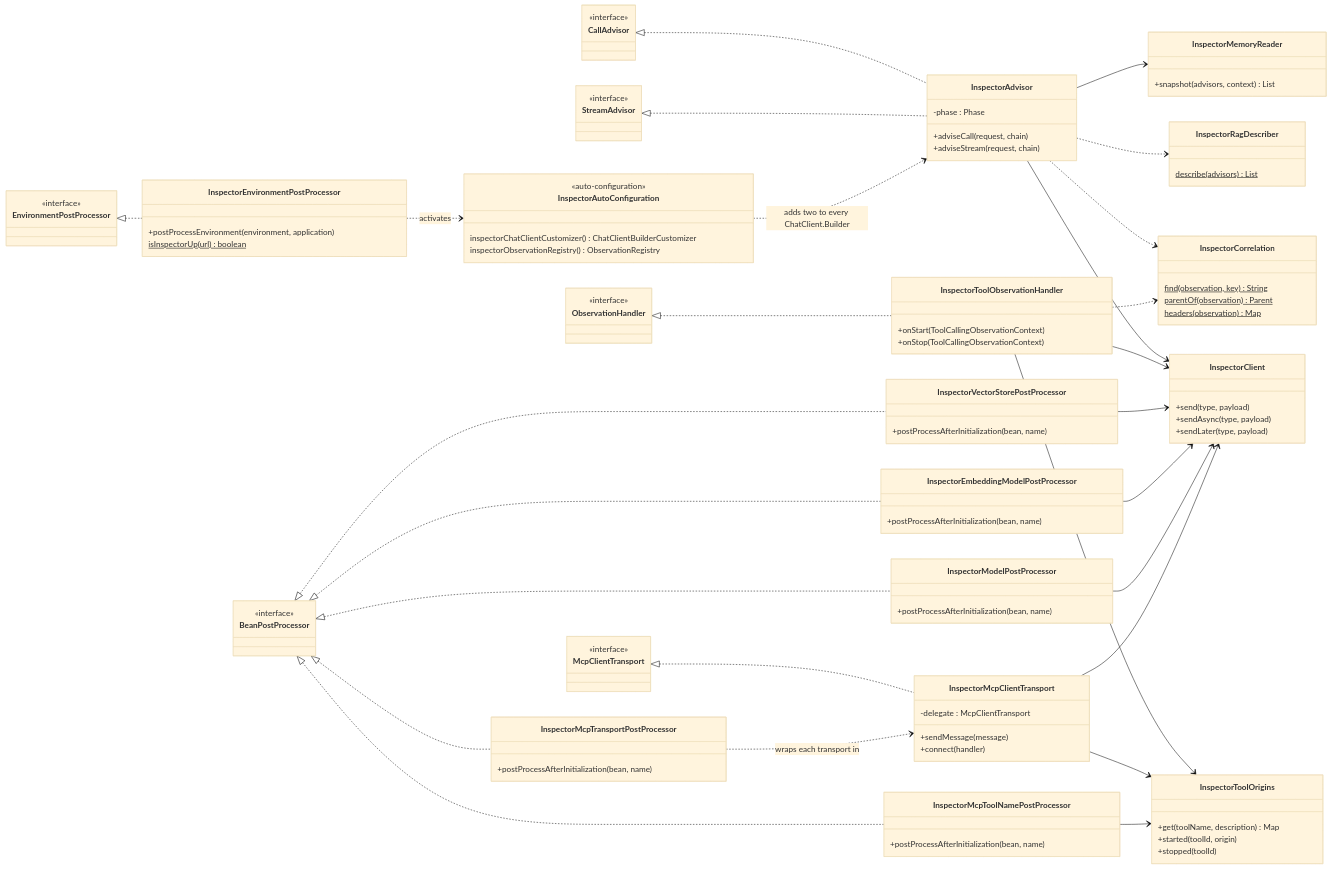
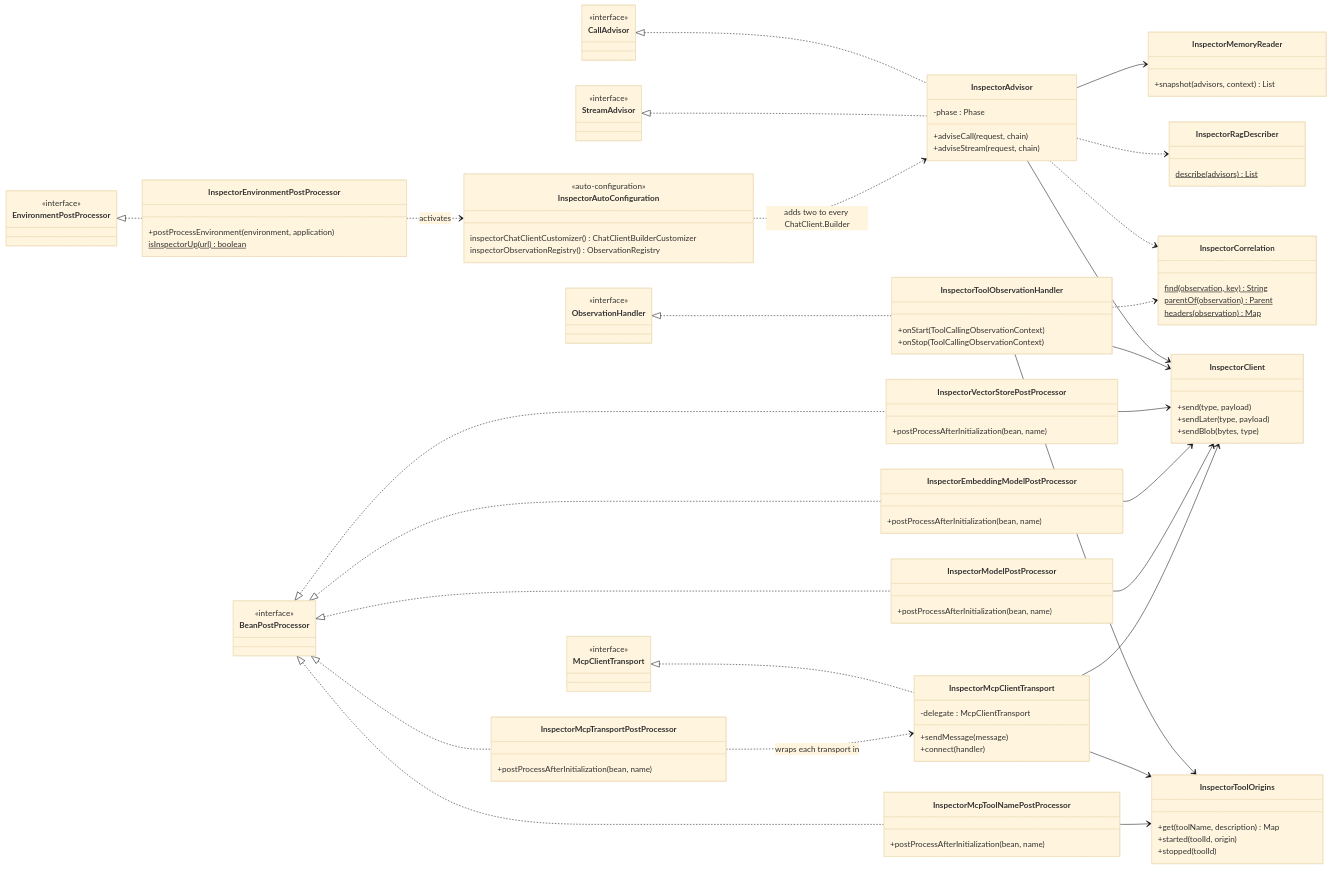
Before and after one commit to tzolov/voxxeddays2026-demo: the first of 4 diagrams in spring-ai-inspector/spring-ai-inspector-starter/README.md, drawn with Mermaid (base theme). The commit also changed other lines of this file and 18 other files, not shown here.

```diff
--- a/spring-ai-inspector/spring-ai-inspector-starter/README.md
+++ b/spring-ai-inspector/spring-ai-inspector-starter/README.md
@@ -110,8 +110,8 @@
     }
     class InspectorClient {
         +send(type, payload)
-        +sendAsync(type, payload)
         +sendLater(type, payload)
+        +sendBlob(bytes, type)
     }
 
     EnvironmentPostProcessor <|.. InspectorEnvironmentPostProcessor
```
